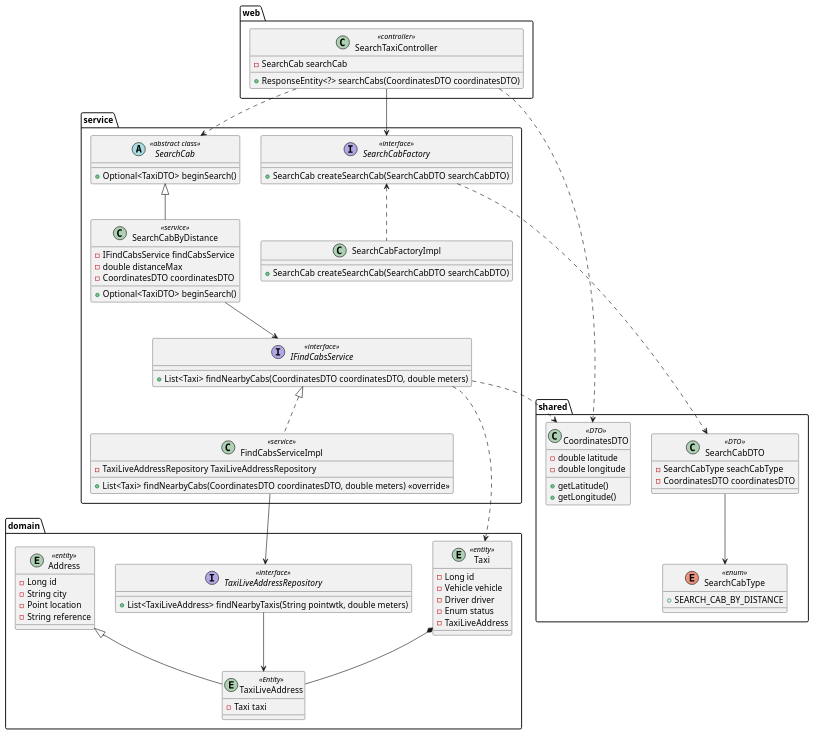
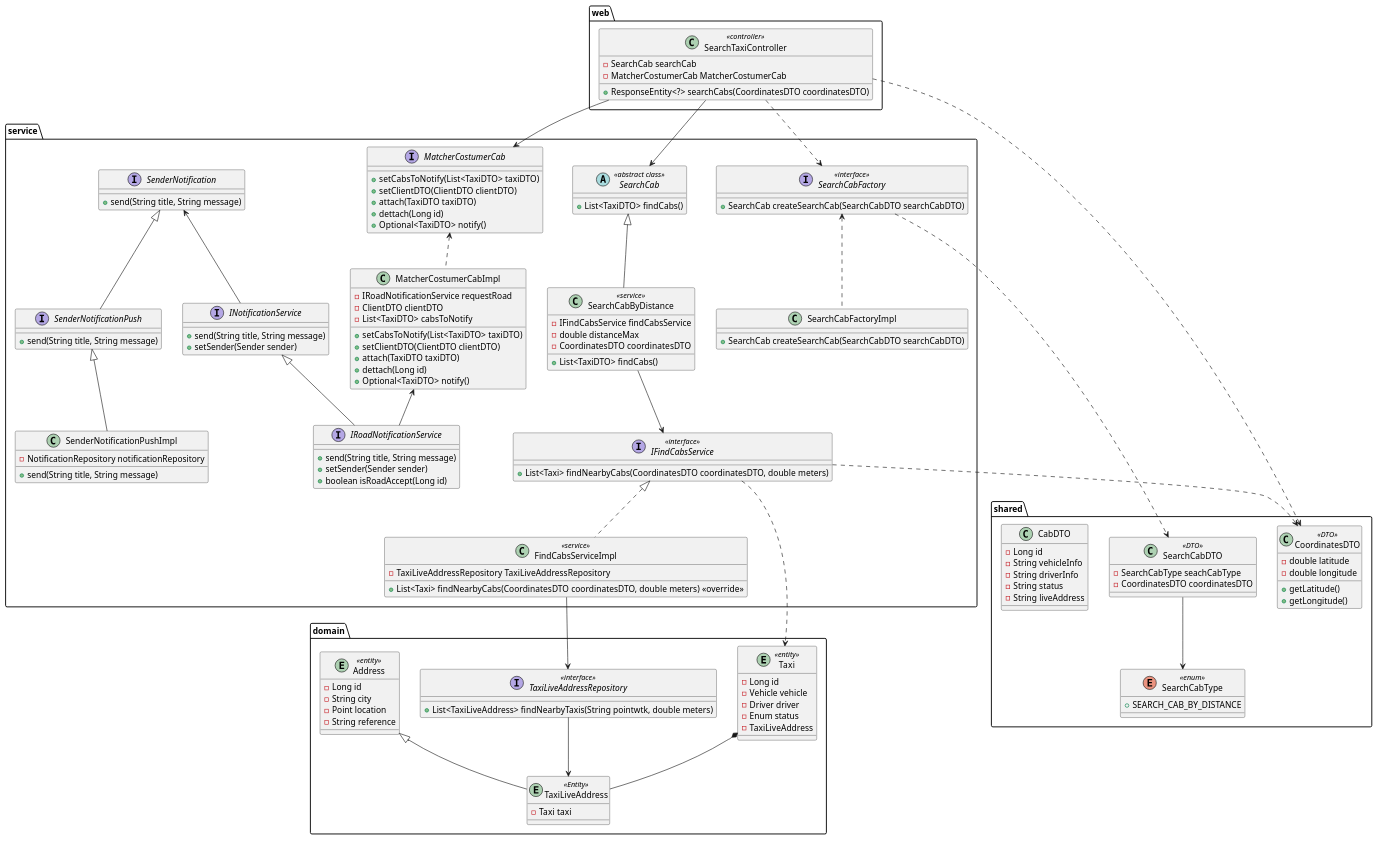
One commit to Frame-Code/Taxi_System_Management_API changed the diagram in .puml. Above: the diagram before and after it, drawn with PlantUML.

Commit message:
A best uml definition of how make the matcher between costumer and a cab

```diff
--- a/.puml
+++ b/.puml
@@ -1,108 +1,172 @@
 @startuml  uml
 top to bottom direction
-package "domain"{
+package web {
+    class SearchTaxiController <<controller>> {
+        - SearchCab searchCab
+        - MatcherCostumerCab MatcherCostumerCab
+        + ResponseEntity<?> searchCabs(CoordinatesDTO coordinatesDTO)
+    }
+}
+package domain{
     entity Address <<entity>> {
         - Long id
         - String city
         - Point location
         - String reference
     }
 
     entity TaxiLiveAddress <<Entity>> {
         - Taxi taxi
     }
 
     entity Taxi <<entity>> {
         - Long id
         - Vehicle vehicle
         - Driver driver
         - Enum status
         - TaxiLiveAddress
     }
 
     interface TaxiLiveAddressRepository <<interface>> {
         + List<TaxiLiveAddress> findNearbyTaxis(String pointwtk, double meters)
     }
 }
 
 package shared {
     class CoordinatesDTO <<DTO>>{
         - double latitude
         - double longitude
         + getLatitude()
         + getLongitude()
     }
 
     class SearchCabDTO <<DTO>> {
         - SearchCabType seachCabType
         - CoordinatesDTO coordinatesDTO
     }
 
     enum SearchCabType <<enum>> {
         + SEARCH_CAB_BY_DISTANCE
     }
-}
 
-package web {
-    class SearchTaxiController <<controller>> {
-        - SearchCab searchCab
-        + ResponseEntity<?> searchCabs(CoordinatesDTO coordinatesDTO)
+    class CabDTO {
+        - Long id
+        - String vehicleInfo
+        - String driverInfo
+        - String status
+        - String liveAddress
     }
+
 }
 
 package service {
     interface IFindCabsService <<interface>>{
         + List<Taxi> findNearbyCabs(CoordinatesDTO coordinatesDTO, double meters)
     }
 
     class FindCabsServiceImpl <<service>>{
         - TaxiLiveAddressRepository TaxiLiveAddressRepository
         + List<Taxi> findNearbyCabs(CoordinatesDTO coordinatesDTO, double meters) <<override>>
     }
 
     abstract class SearchCab <<abstract class>>{
-        + Optional<TaxiDTO> beginSearch()
+        + List<TaxiDTO> findCabs()
     }
 
     class SearchCabByDistance <<service>> {
         - IFindCabsService findCabsService
         - double distanceMax
         - CoordinatesDTO coordinatesDTO
-        + Optional<TaxiDTO> beginSearch() 
+        + List<TaxiDTO> findCabs()
     }
 
     interface SearchCabFactory <<interface>>{
         + SearchCab createSearchCab(SearchCabDTO searchCabDTO)
     }
 
     class SearchCabFactoryImpl {
         + SearchCab createSearchCab(SearchCabDTO searchCabDTO)
     }
+
+    interface MatcherCostumerCab {
+        + setCabsToNotify(List<TaxiDTO> taxiDTO)
+        + setClientDTO(ClientDTO clientDTO)
+        + attach(TaxiDTO taxiDTO)
+        + dettach(Long id)
+        + Optional<TaxiDTO> notify()
+    }
+
+    class MatcherCostumerCabImpl {
+        - IRoadNotificationService requestRoad
+        - ClientDTO clientDTO
+        - List<TaxiDTO> cabsToNotify
+        + setCabsToNotify(List<TaxiDTO> taxiDTO)
+        + setClientDTO(ClientDTO clientDTO)
+        + attach(TaxiDTO taxiDTO)
+        + dettach(Long id)
+        + Optional<TaxiDTO> notify()
+    }
+
+    interface INotificationService {
+        + send(String title, String message)
+        + setSender(Sender sender)
+    }
+
+    interface SenderNotification {
+        +send(String title, String message)
+    }
+
+    interface SenderNotificationPush {
+        + send(String title, String message)
+    }
+
+    class SenderNotificationPushImpl {
+        - NotificationRepository notificationRepository
+        + send(String title, String message)
+    }
+
+    interface IRoadNotificationService {
+        + send(String title, String message)
+        + setSender(Sender sender)
+        + boolean isRoadAccept(Long id)
+    }
+
+
+
+
 
 
 }
 
 
 
 
 Address <|-- TaxiLiveAddress
 TaxiLiveAddressRepository --> TaxiLiveAddress
 Taxi *-- TaxiLiveAddress
 IFindCabsService ..> CoordinatesDTO
 IFindCabsService ..> Taxi
 
 IFindCabsService <|.. FindCabsServiceImpl
 FindCabsServiceImpl --> TaxiLiveAddressRepository
 
 SearchCab <|-- SearchCabByDistance
 SearchCabByDistance --> IFindCabsService
 
 SearchTaxiController ..> CoordinatesDTO
-SearchTaxiController ..> SearchCab
+SearchTaxiController --> SearchCab
+SearchTaxiController --> MatcherCostumerCab
 
-SearchTaxiController --> SearchCabFactory
+SearchTaxiController ..> SearchCabFactory
 SearchCabFactory <.. SearchCabFactoryImpl
 SearchCabFactory ..> SearchCabDTO
 SearchCabDTO --> SearchCabType
 
+MatcherCostumerCab <.. MatcherCostumerCabImpl
+SenderNotification <|-- SenderNotificationPush
+INotificationService <|-- IRoadNotificationService
+
+MatcherCostumerCabImpl <-- IRoadNotificationService
+SenderNotificationPush <|-- SenderNotificationPushImpl
+SenderNotification <-- INotificationService
 @enduml
```
